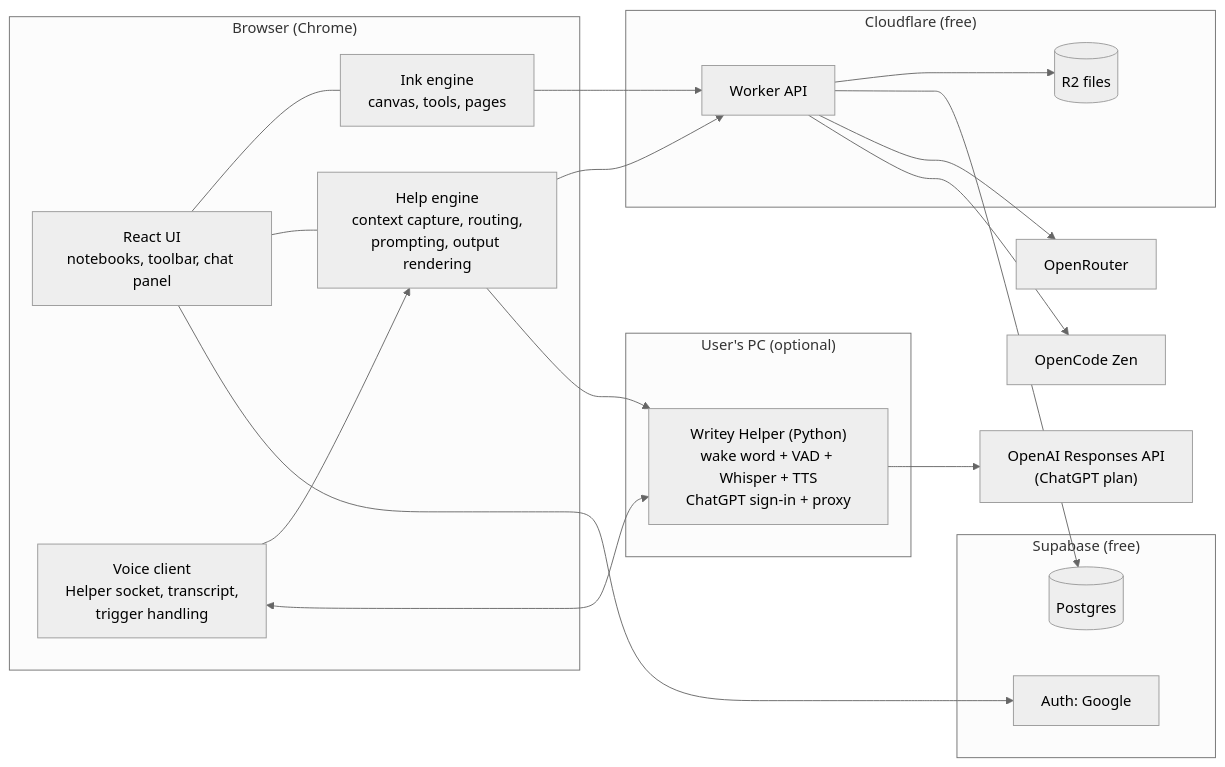
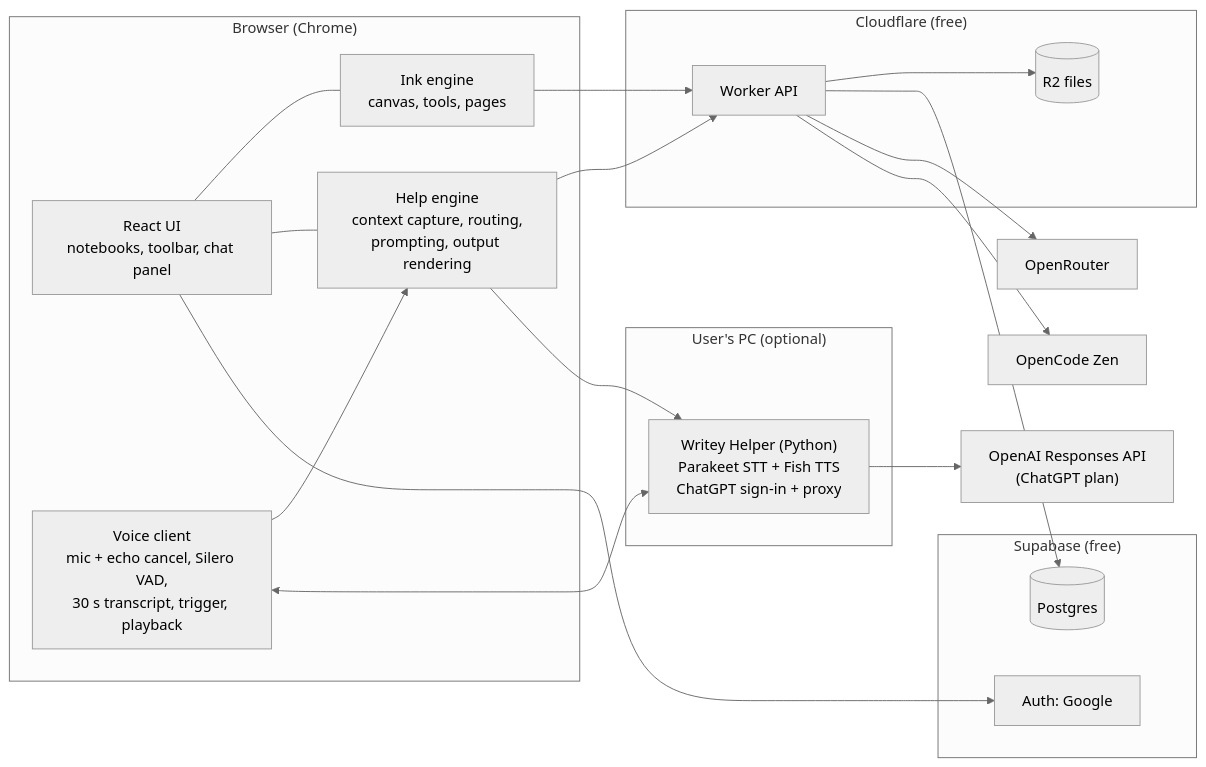
The first of 2 diagrams in docs/ARCHITECTURE.md (lagoonitself/writey), drawn with Mermaid (neutral theme) before and after one commit. The commit also changed other lines of this file and 2 other files, not shown here.

First line of the commit message:
Docs: voice runs on local Python models, browser owns mic and VAD

````diff
--- a/docs/ARCHITECTURE.md
+++ b/docs/ARCHITECTURE.md
@@ -38,41 +38,41 @@
 ```mermaid
 flowchart LR
   subgraph Browser["Browser (Chrome)"]
     UI["React UI<br/>notebooks, toolbar, chat panel"]
     ENG["Ink engine<br/>canvas, tools, pages"]
     HELP["Help engine<br/>context capture, routing,<br/>prompting, output rendering"]
-    VOICE["Voice client<br/>Helper socket, transcript,<br/>trigger handling"]
+    VOICE["Voice client<br/>mic + echo cancel, Silero VAD,<br/>30 s transcript, trigger, playback"]
   end
 
   subgraph Local["User's PC (optional)"]
-    HELPER["Writey Helper (Python)<br/>wake word + VAD + Whisper + TTS<br/>ChatGPT sign-in + proxy"]
+    HELPER["Writey Helper (Python)<br/>Parakeet STT + Fish TTS<br/>ChatGPT sign-in + proxy"]
   end
 
   subgraph CF["Cloudflare (free)"]
     W["Worker API"]
     R2[("R2 files")]
   end
 
   subgraph SB["Supabase (free)"]
     AUTH["Auth: Google"]
     DB[("Postgres")]
   end
 
   OR["OpenRouter"]
   OZ["OpenCode Zen"]
   OA["OpenAI Responses API<br/>(ChatGPT plan)"]
 
   UI --- ENG
   UI --- HELP
   VOICE --> HELP
   HELP --> W
   ENG --> W
   W --> R2
   W --> DB
   UI --> AUTH
   W --> OR
   W --> OZ
   VOICE <--> HELPER
   HELP --> HELPER
   HELPER --> OA
 ```
````
